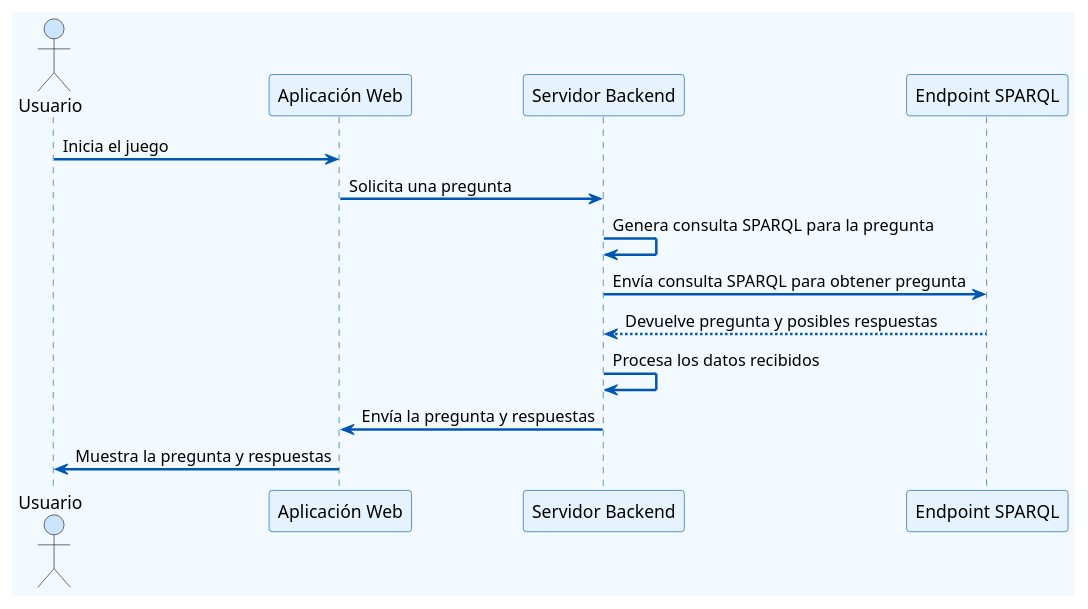
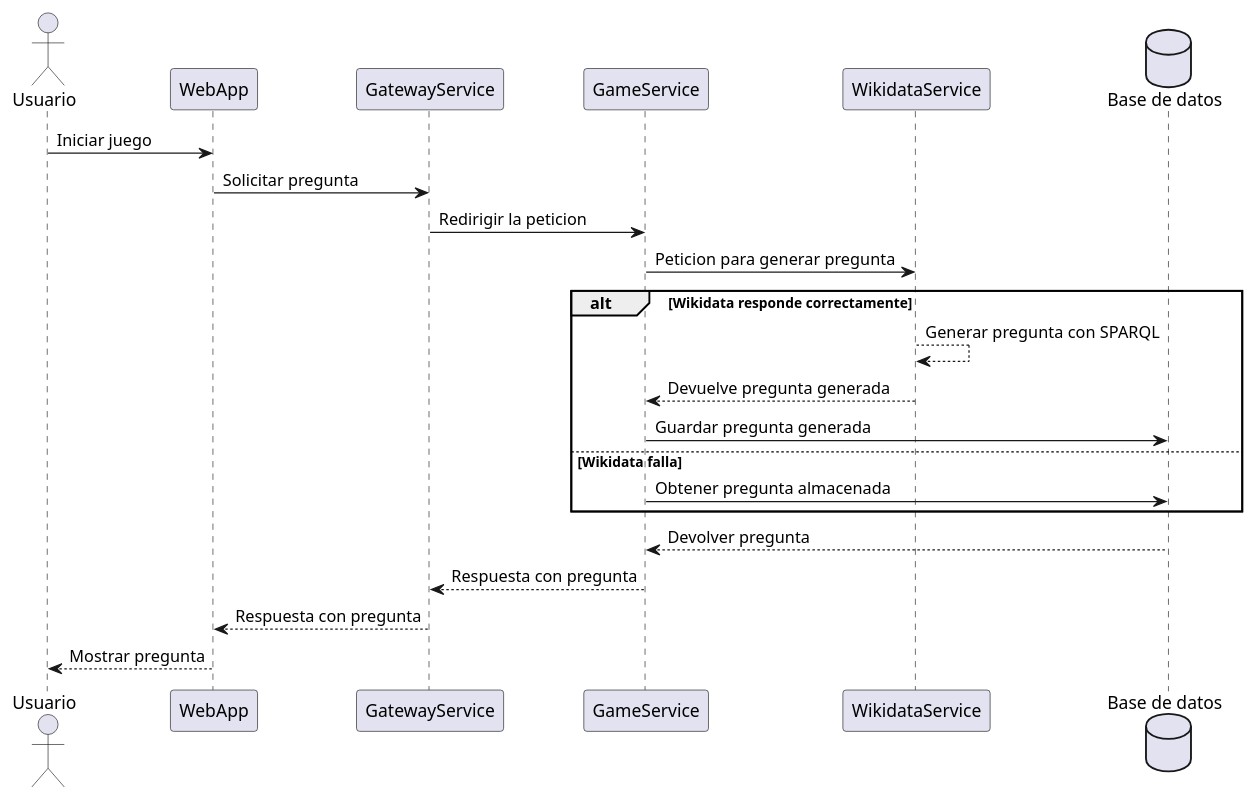
The third of 5 diagrams in docs/src/06_runtime_view.adoc (Arquisoft/wichat_es5b), drawn with PlantUML before and after one commit. The commit also changed other lines of this file, not shown here.

Commit message:
Corregidos los diagramas de secuencia

```diff
--- a/docs/src/06_runtime_view.adoc
+++ b/docs/src/06_runtime_view.adoc
@@ -97,29 +105,31 @@
 [plantuml,"Generacion de pregunta",png]
 ----
 @startuml
-skinparam backgroundColor #F2F9FF
-skinparam sequence {
-    ActorBackgroundColor #CCE5FF
-    ParticipantBackgroundColor #E6F3FF
-    ParticipantBorderColor #0056B3
-    LifeLineBorderColor #0056B3
-    LifeLineBackgroundColor #CCE5FF
-    ArrowColor #0056B3
-    ArrowThickness 2
-}
 
 actor Usuario
-participant "Aplicación Web" as Aplicacion_Web
-participant "Servidor Backend" as Servidor_Backend
-participant "Endpoint SPARQL" as Endpoint_SPARQL
+participant "WebApp" as WebApp
+participant "GatewayService" as GatewayService
+participant "GameService" as GameService
+participant "WikidataService" as WikidataService
+database "Base de datos" as BaseDatos
 
-Usuario -> Aplicacion_Web : Inicia el juego
-Aplicacion_Web -> Servidor_Backend : Solicita una pregunta
-Servidor_Backend -> Servidor_Backend : Genera consulta SPARQL para la pregunta
-Servidor_Backend -> Endpoint_SPARQL : Envía consulta SPARQL para obtener pregunta
-Endpoint_SPARQL --> Servidor_Backend : Devuelve pregunta y posibles respuestas
-Servidor_Backend -> Servidor_Backend : Procesa los datos recibidos
-Servidor_Backend -> Aplicacion_Web : Envía la pregunta y respuestas
-Aplicacion_Web -> Usuario : Muestra la pregunta y respuestas
+Usuario -> WebApp: Iniciar juego
+WebApp -> GatewayService: Solicitar pregunta
+GatewayService -> GameService: Redirigir la peticion
+GameService -> WikidataService: Peticion para generar pregunta
+
+alt Wikidata responde correctamente
+    WikidataService --> WikidataService: Generar pregunta con SPARQL
+    WikidataService --> GameService: Devuelve pregunta generada
+    GameService -> BaseDatos: Guardar pregunta generada
+else Wikidata falla
+    GameService -> BaseDatos: Obtener pregunta almacenada
+end
+
+BaseDatos --> GameService: Devolver pregunta
+GameService --> GatewayService: Respuesta con pregunta
+GatewayService --> WebApp: Respuesta con pregunta
+WebApp --> Usuario: Mostrar pregunta
+
 @enduml
 ----
```
